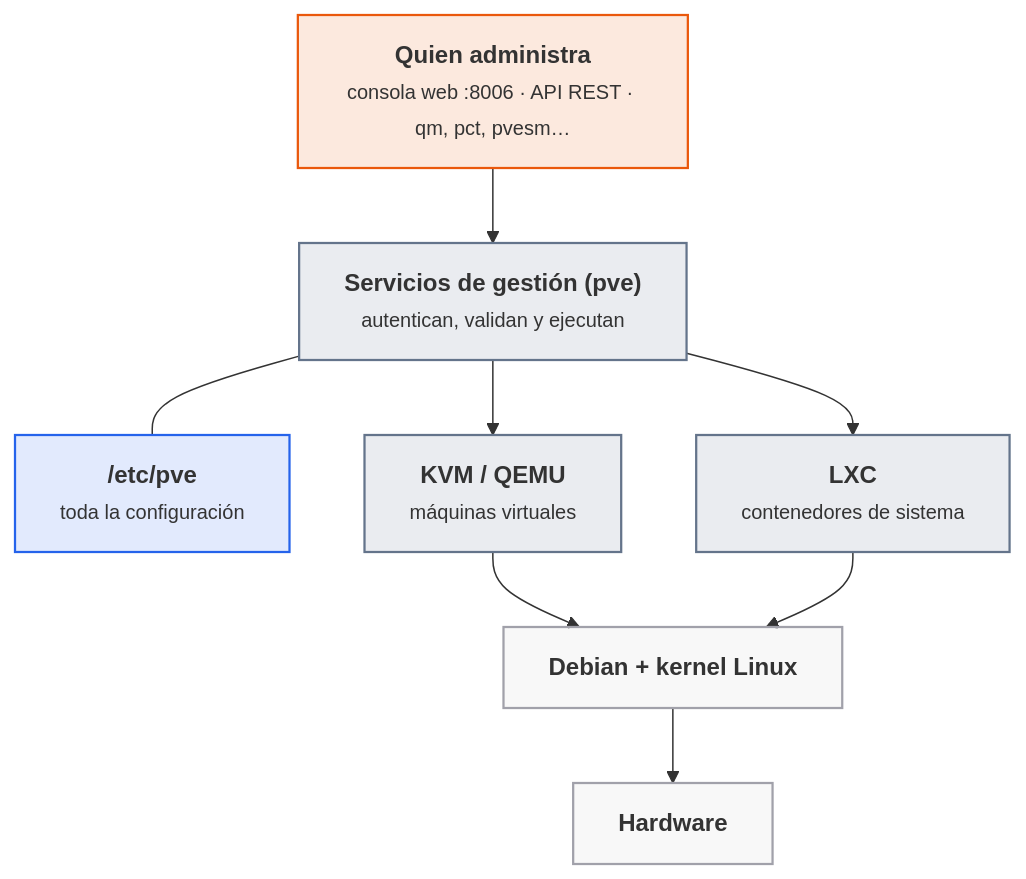
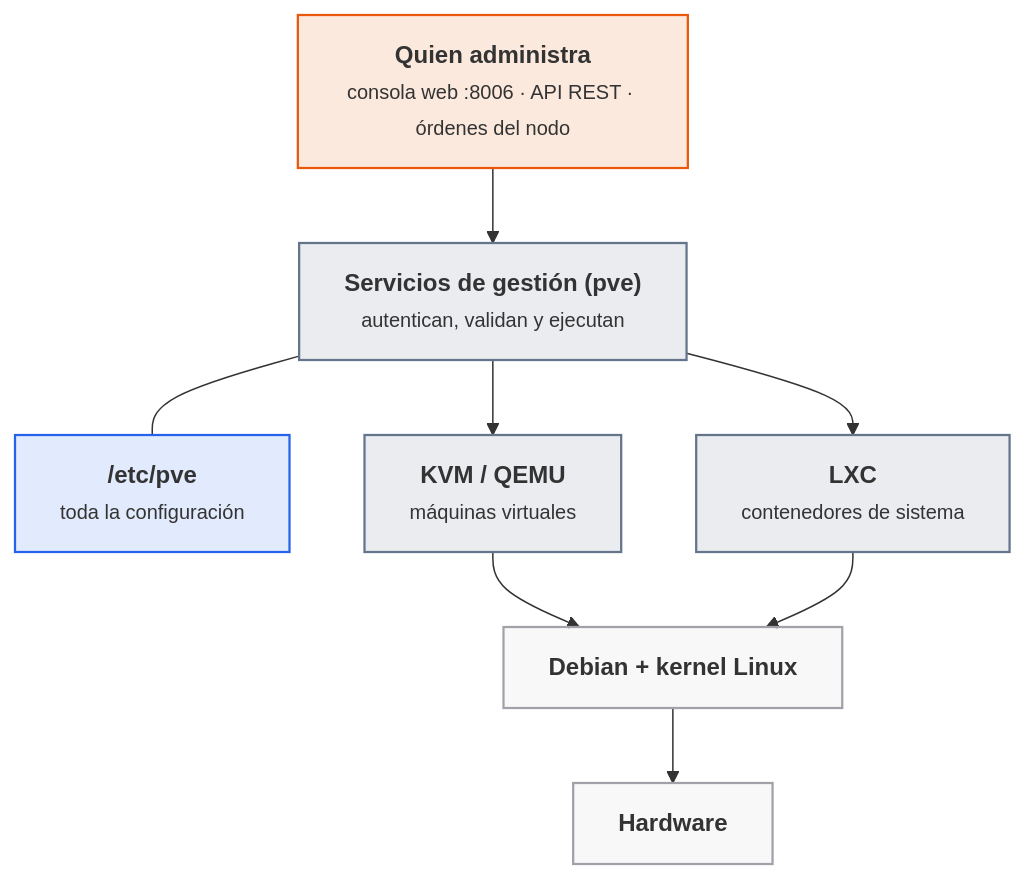
Before and after one commit to victor-educ/apuntes-5166: the fourth of 13 diagrams in docs/ut/ut1-virtualizacion.md, drawn with Mermaid. The commit also changed other lines of this file and 12 other files, not shown here.

First line of the commit message:
Prácticas en el Proxmox del centro y por la interfaz web

````diff
--- a/docs/ut/ut1-virtualizacion.md
+++ b/docs/ut/ut1-virtualizacion.md
@@ -226,21 +226,21 @@
 ```mermaid
 flowchart TB
-    USR["<b>Quien administra</b><br><small>consola web :8006 · API REST · qm, pct, pvesm…</small>"]:::act
+    USR["<b>Quien administra</b><br><small>consola web :8006 · API REST · órdenes del nodo</small>"]:::act
     PVE["<b>Servicios de gestión (pve)</b><br><small>autentican, validan y ejecutan</small>"]:::pieza
     CFG["<b>/etc/pve</b><br><small>toda la configuración</small>"]:::dato
     KVM["<b>KVM / QEMU</b><br><small>máquinas virtuales</small>"]:::pieza
     LXC["<b>LXC</b><br><small>contenedores de sistema</small>"]:::pieza
     DEB["<b>Debian + kernel Linux</b>"]:::infra
     HW["<b>Hardware</b>"]:::infra
     USR --> PVE
     PVE --- CFG
     PVE --> KVM
     PVE --> LXC
     KVM --> DEB
     LXC --> DEB
     DEB --> HW
     classDef act fill:#ea580c22,stroke:#ea580c,stroke-width:1.5px
     classDef pieza fill:#64748b22,stroke:#64748b,stroke-width:1.5px
     classDef dato fill:#2563eb22,stroke:#2563eb,stroke-width:1.5px
     classDef infra fill:#a1a1aa14,stroke:#a1a1aa,stroke-width:1.5px
 ```
````
